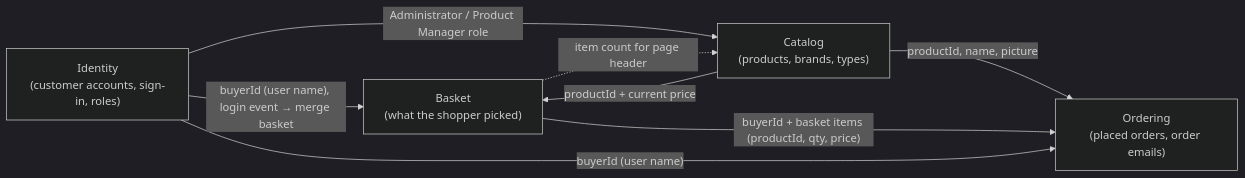
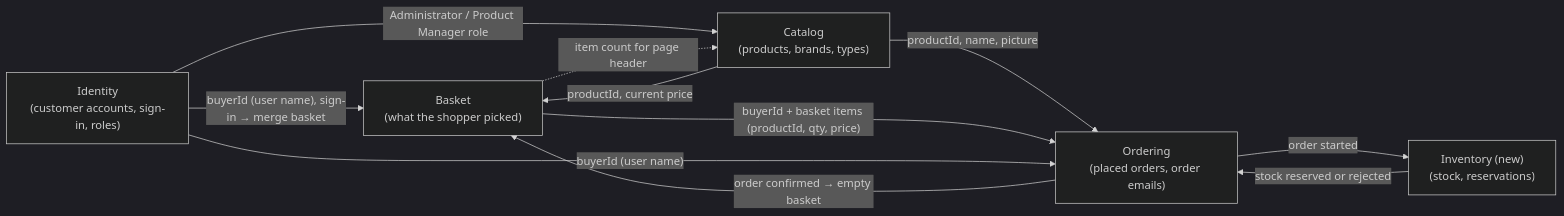
One commit to shoaibalirts/eShopOnWeb changed the diagram in architecture/00-business-story.md. Above: the diagram before and after it, drawn with Mermaid (dark theme). The commit also changed other lines of this file and 16 other files, not shown here.

Commit message:
Projektuge: arkitektur, diagrammer, plan og aflevering

````diff
--- a/architecture/00-business-story.md
+++ b/architecture/00-business-story.md
@@ -57,15 +60,19 @@
 ```mermaid
 graph LR
     Identity["Identity<br/>(customer accounts, sign-in, roles)"]
     Catalog["Catalog<br/>(products, brands, types)"]
     Basket["Basket<br/>(what the shopper picked)"]
     Ordering["Ordering<br/>(placed orders, order emails)"]
+    Inventory["Inventory (new)<br/>(stock, reservations)"]
 
-    Catalog -- "productId + current price" --> Basket
+    Catalog -- "productId, current price" --> Basket
     Catalog -- "productId, name, picture" --> Ordering
     Basket -- "buyerId + basket items (productId, qty, price)" --> Ordering
-    Identity -- "buyerId (user name), login event → merge basket" --> Basket
+    Identity -- "buyerId (user name), sign-in → merge basket" --> Basket
     Identity -- "buyerId (user name)" --> Ordering
     Identity -- "Administrator / Product Manager role" --> Catalog
+    Ordering -- "order confirmed → empty basket" --> Basket
+    Ordering -- "order started" --> Inventory
+    Inventory -- "stock reserved or rejected" --> Ordering
     Basket -. "item count for page header" .-> Catalog
 ```
````
